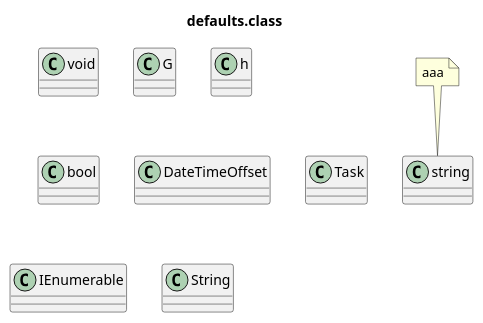
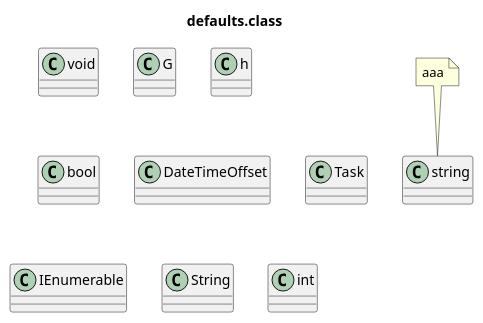
One commit to AnQueth/PlantUMLEditor changed the diagram in testdocs/defaults.class.puml. Above: the diagram before and after it, drawn with PlantUML. The commit also changed 4 other files, not shown here.

```diff
--- a/testdocs/defaults.class.puml
+++ b/testdocs/defaults.class.puml
@@ -1,27 +1,29 @@
 @startuml
 title defaults.class
 class void {
  }
 class G {
  }
 class string {
  }
 note top of string
 aaa
 end note
 
 'aaaa fgggg
 class h {
  }
 class bool {
  }
 class DateTimeOffset {
  }
 class Task {
  }
 class IEnumerable {
  }
 class String {
  }
+class int {
+ }
 
 @enduml
```
